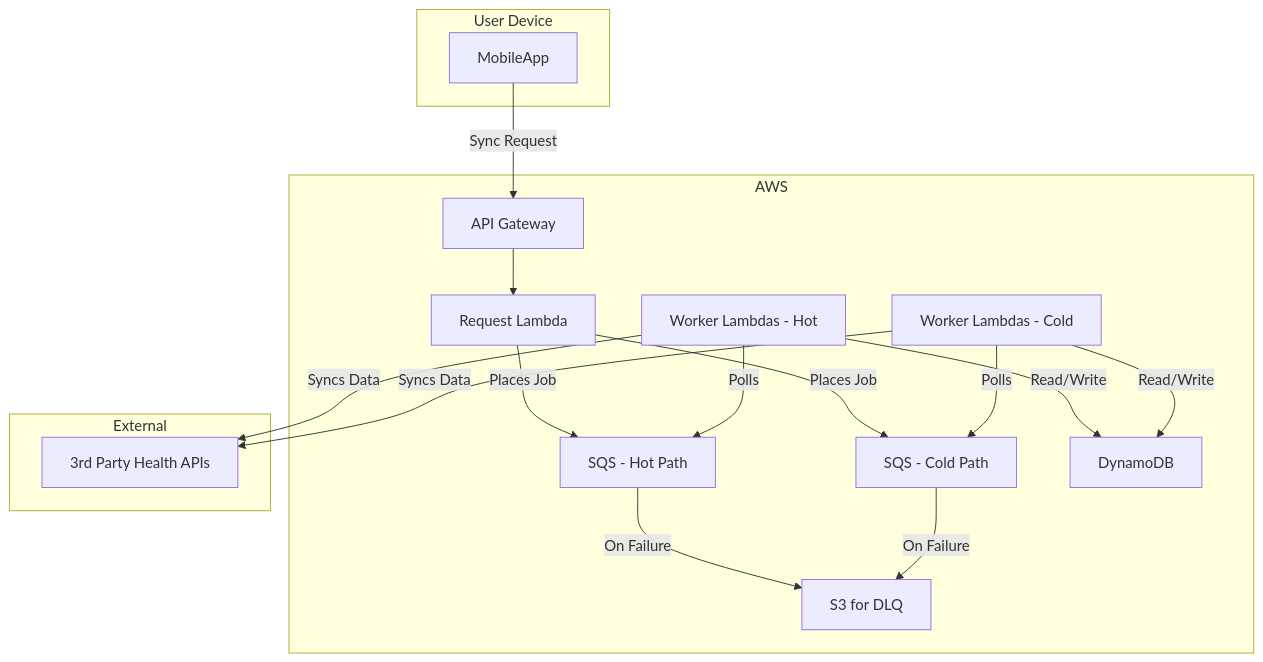
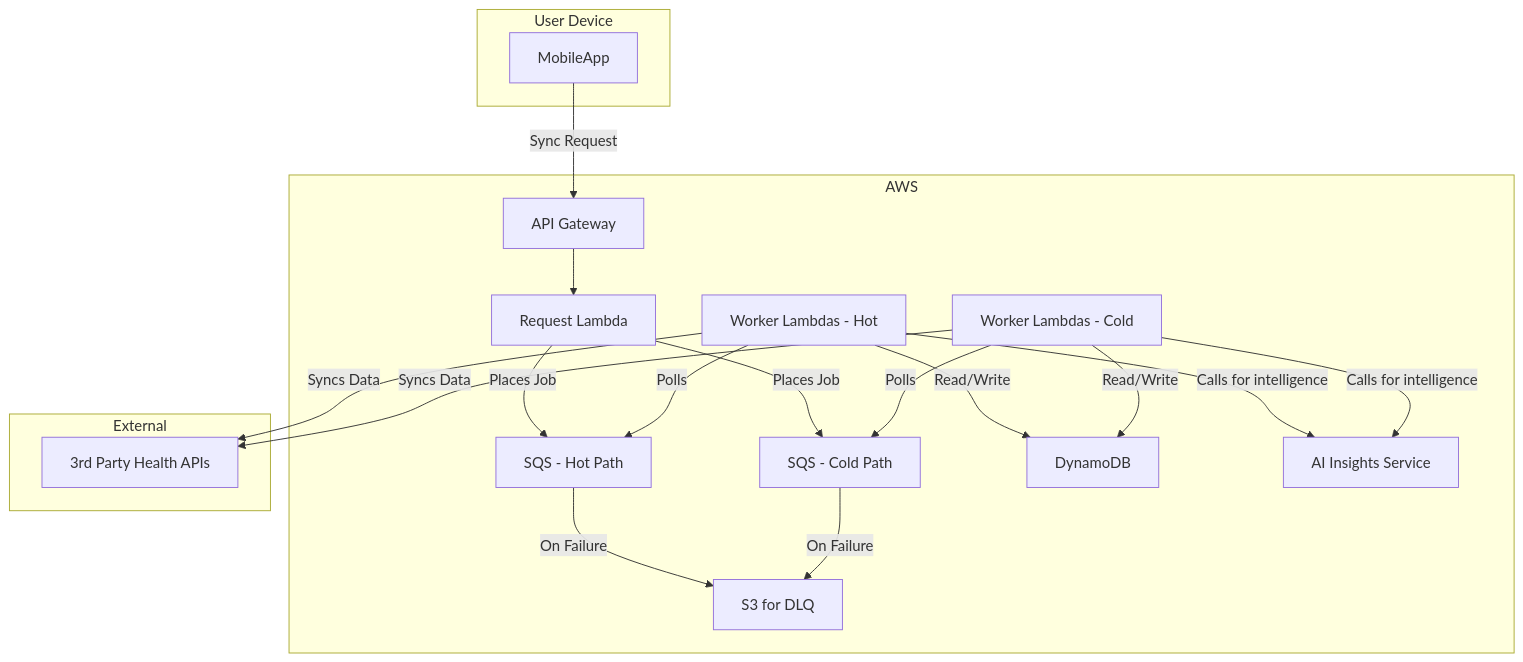
One commit to dino10bit/healthsync changed the first of 3 diagrams in 05-data-sync.md. Above: the diagram before and after it, drawn with Mermaid. The commit also changed other lines of this file and 2 other files, not shown here.

First line of the commit message:
Introduces a new 'AI Insights Service' to the technical architecture to power intelligent features like smart conflict resolution, LLM-based troubleshooting, and personalized user summaries.

````diff
--- a/05-data-sync.md
+++ b/05-data-sync.md
@@ -100,32 +78,35 @@
 ```mermaid
 graph TD
     subgraph User Device
         MobileApp
     end
     subgraph AWS
         APIGateway[API Gateway]
         RequestLambda[Request Lambda]
         HotQueue[SQS - Hot Path]
         ColdQueue[SQS - Cold Path]
         HotWorkers[Worker Lambdas - Hot]
         ColdWorkers[Worker Lambdas - Cold]
         DynamoDB[DynamoDB]
         DLQ_S3[S3 for DLQ]
+        AI_Service[AI Insights Service]
     end
     subgraph External
         ThirdPartyAPIs[3rd Party Health APIs]
     end
 
     MobileApp -- Sync Request --> APIGateway
     APIGateway --> RequestLambda
     RequestLambda -- Places Job --> HotQueue
     RequestLambda -- Places Job --> ColdQueue
     HotWorkers -- Polls --> HotQueue
     ColdWorkers -- Polls --> ColdQueue
     HotWorkers -- Read/Write --> DynamoDB
     ColdWorkers -- Read/Write --> DynamoDB
     HotWorkers -- Syncs Data --> ThirdPartyAPIs
     ColdWorkers -- Syncs Data --> ThirdPartyAPIs
+    HotWorkers -- Calls for intelligence --> AI_Service
+    ColdWorkers -- Calls for intelligence --> AI_Service
     HotQueue -- On Failure --> DLQ_S3
     ColdQueue -- On Failure --> DLQ_S3
 ```
````
